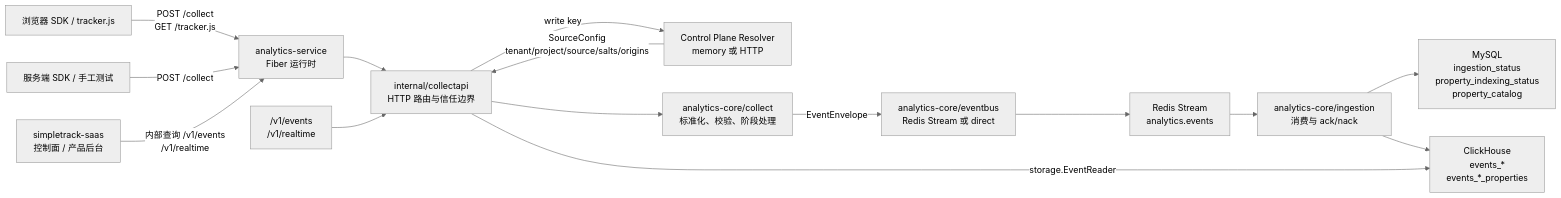
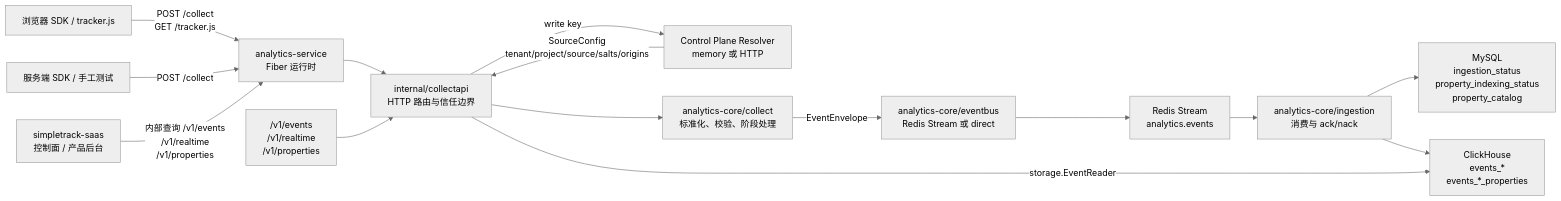
One commit to RoggerZ/uba changed the diagram in docs/analytics-source-reading/README.md. Above: the diagram before and after it, drawn with Mermaid (neutral theme). The commit also changed other lines of this file and 6 other files, not shown here.

````diff
--- a/docs/analytics-source-reading/README.md
+++ b/docs/analytics-source-reading/README.md
@@ -51,31 +53,31 @@
 ```mermaid
 flowchart LR
     Browser["浏览器 SDK / tracker.js"]
     ServerSDK["服务端 SDK / 手工测试"]
     SaaS["simpletrack-saas<br/>控制面 / 产品后台"]
     CP["Control Plane Resolver<br/>memory 或 HTTP"]
     Service["analytics-service<br/>Fiber 运行时"]
     CollectAPI["internal/collectapi<br/>HTTP 路由与信任边界"]
     CoreCollect["analytics-core/collect<br/>标准化、校验、阶段处理"]
     EventBus["analytics-core/eventbus<br/>Redis Stream 或 direct"]
     Redis["Redis Stream<br/>analytics.events"]
     Ingestion["analytics-core/ingestion<br/>消费与 ack/nack"]
     MySQL["MySQL<br/>ingestion_status<br/>property_indexing_status<br/>property_catalog"]
     ClickHouse["ClickHouse<br/>events_*<br/>events_*_properties"]
-    QueryAPI["/v1/events<br/>/v1/realtime"]
+    QueryAPI["/v1/events<br/>/v1/realtime<br/>/v1/properties"]
 
     Browser -->|"POST /collect<br/>GET /tracker.js"| Service
     ServerSDK -->|"POST /collect"| Service
-    SaaS -->|"内部查询 /v1/events<br/>/v1/realtime"| Service
+    SaaS -->|"内部查询 /v1/events<br/>/v1/realtime<br/>/v1/properties"| Service
     Service --> CollectAPI
     CollectAPI -->|"write key"| CP
     CP -->|"SourceConfig<br/>tenant/project/source/salts/origins"| CollectAPI
     CollectAPI --> CoreCollect
     CoreCollect -->|"EventEnvelope"| EventBus
     EventBus --> Redis
     Redis --> Ingestion
     Ingestion --> MySQL
     Ingestion --> ClickHouse
     QueryAPI --> CollectAPI
     CollectAPI -->|"storage.EventReader"| ClickHouse
 ```
````
